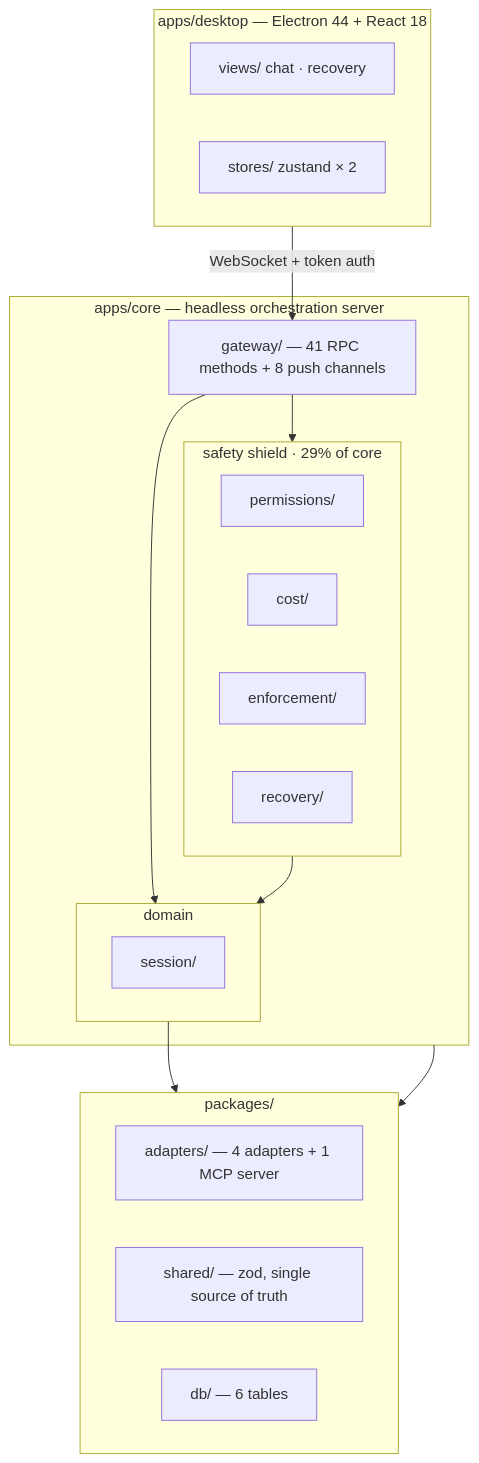
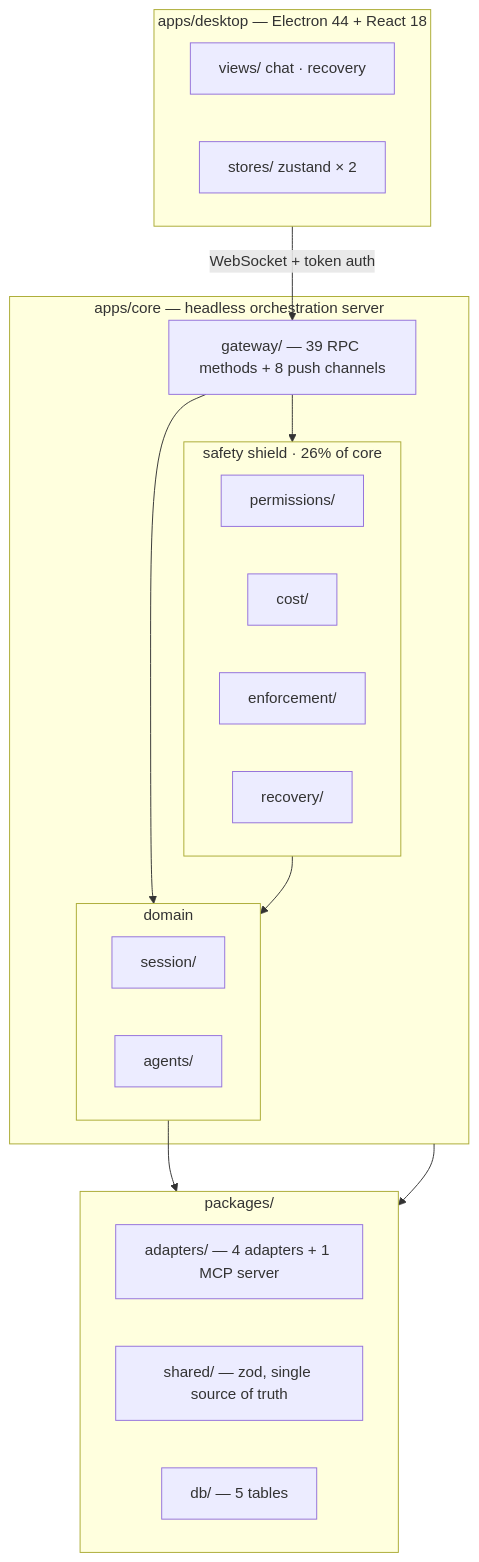
Before and after one commit to xing-101729/deskmony: the second of 2 diagrams in README.md, drawn with Mermaid. The commit also changed other lines of this file and 10 other files, not shown here.

````diff
--- a/README.md
+++ b/README.md
@@ -106,37 +113,38 @@
 ```mermaid
 flowchart TB
     subgraph SHELL["apps/desktop — Electron 44 + React 18"]
         direction LR
         Views["views/ chat · recovery"]
         Stores["stores/ zustand × 2"]
     end
 
     subgraph CORE["apps/core — headless orchestration server"]
-        GW["gateway/ — 41 RPC methods + 8 push channels"]
+        GW["gateway/ — 39 RPC methods + 8 push channels"]
         subgraph DOMAIN["domain"]
             direction LR
             Sess["session/"]
+            Agents["agents/"]
         end
-        subgraph SHIELD["safety shield · 29% of core"]
+        subgraph SHIELD["safety shield · 26% of core"]
             direction LR
             Perm["permissions/"]
             Cost["cost/"]
             Enf["enforcement/"]
             Rec["recovery/"]
         end
     end
 
     subgraph PKG["packages/"]
         direction LR
         Adapters["adapters/ — 4 adapters + 1 MCP server"]
         Shared["shared/ — zod, single source of truth"]
-        Db["db/ — 6 tables"]
+        Db["db/ — 5 tables"]
     end
 
     SHELL -- "WebSocket + token auth" --> GW
     GW --> DOMAIN
     GW --> SHIELD
     SHIELD --> DOMAIN
     DOMAIN --> Adapters
     CORE --> Db
 ```
````
